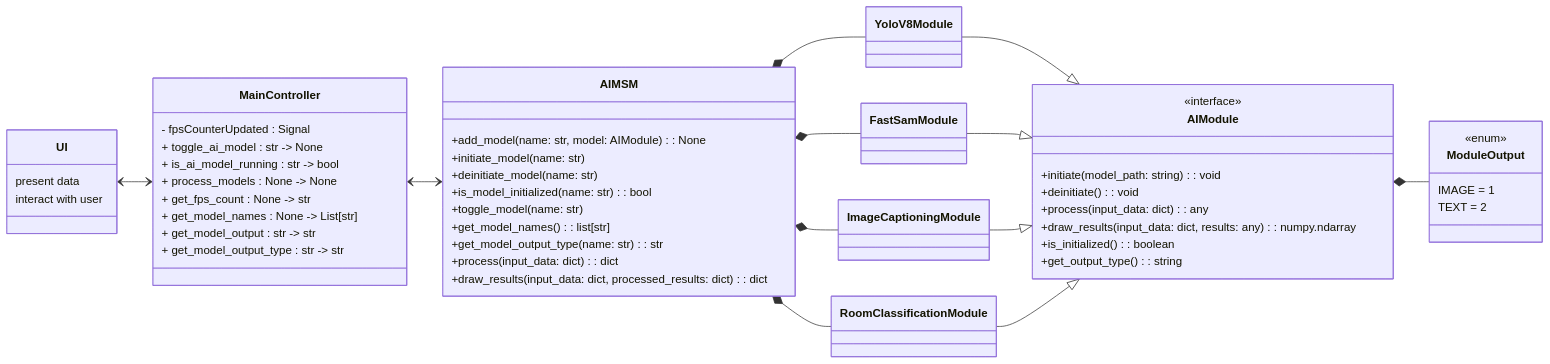
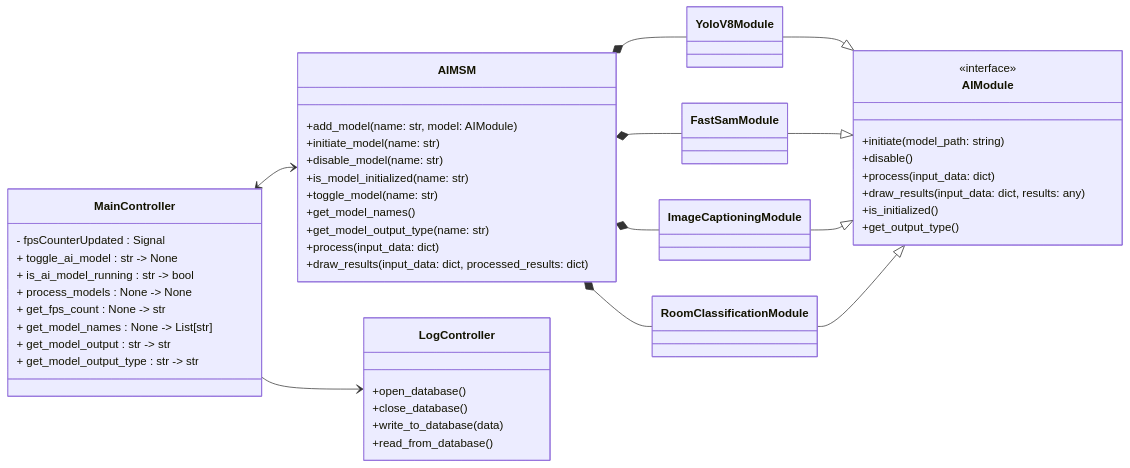
Before and after one commit to BrunoGeorgevich/AIMSM: the diagram in docs/diagram.md, drawn with Mermaid.

Commit message:
Added LogController to the Diagram

````diff
--- a/docs/diagram.md
+++ b/docs/diagram.md
@@ -1,64 +1,61 @@
 ```mermaid
 classDiagram
   direction LR
-  UI <--> MainController
   MainController <--> AIMSM
   AIMSM *-- FastSamModule
   AIMSM *-- ImageCaptioningModule
-  AIMSM *-- RoomClassificationModule 
-  AIMSM *-- YoloV8Module 
+  AIMSM *-- RoomClassificationModule
+  AIMSM *-- YoloV8Module
   YoloV8Module --|> AIModule
   FastSamModule --|> AIModule
   ImageCaptioningModule --|> AIModule
   RoomClassificationModule --|> AIModule
-  AIModule *-- ModuleOutput
+  MainController --> LogController
+
+
+  class LogController {
+      +open_database()
+      +close_database()
+      +write_to_database(data)
+      +read_from_database()
+  }
+
 
   class MainController {
     - fpsCounterUpdated : Signal
     + toggle_ai_model : str -> None
     + is_ai_model_running : str -> bool
     + process_models : None -> None
     + get_fps_count : None -> str
     + get_model_names : None -> List[str]
     + get_model_output : str -> str
     + get_model_output_type : str -> str
   }
 
   class AIMSM {
-    +add_model(name: str, model: AIModule): None
+    +add_model(name: str, model: AIModule)
     +initiate_model(name: str)
-    +deinitiate_model(name: str)
-    +is_model_initialized(name: str): bool
+    +disable_model(name: str)
+    +is_model_initialized(name: str)
     +toggle_model(name: str)
-    +get_model_names(): list[str]
-    +get_model_output_type(name: str): str
-    +process(input_data: dict): dict
-    +draw_results(input_data: dict, processed_results: dict): dict
+    +get_model_names()
+    +get_model_output_type(name: str)
+    +process(input_data: dict)
+    +draw_results(input_data: dict, processed_results: dict)
   }
 
   class AIModule {
     <<interface>>
-    +initiate(model_path: string): void
-    +deinitiate(): void
-    +process(input_data: dict): any
-    +draw_results(input_data: dict, results: any): numpy.ndarray
-    +is_initialized(): boolean
-    +get_output_type(): string
+    +initiate(model_path: string)
+    +disable()
+    +process(input_data: dict)
+    +draw_results(input_data: dict, results: any)
+    +is_initialized()
+    +get_output_type()
   }
-    
+
   class FastSamModule { }
   class ImageCaptioningModule { }
   class RoomClassificationModule { }
   class YoloV8Module { }
-
-  class ModuleOutput {
-    <<enum>>
-    IMAGE = 1
-    TEXT = 2
-  }
-
-  class UI {
-      present data
-      interact with user
-  }
 ```
````
